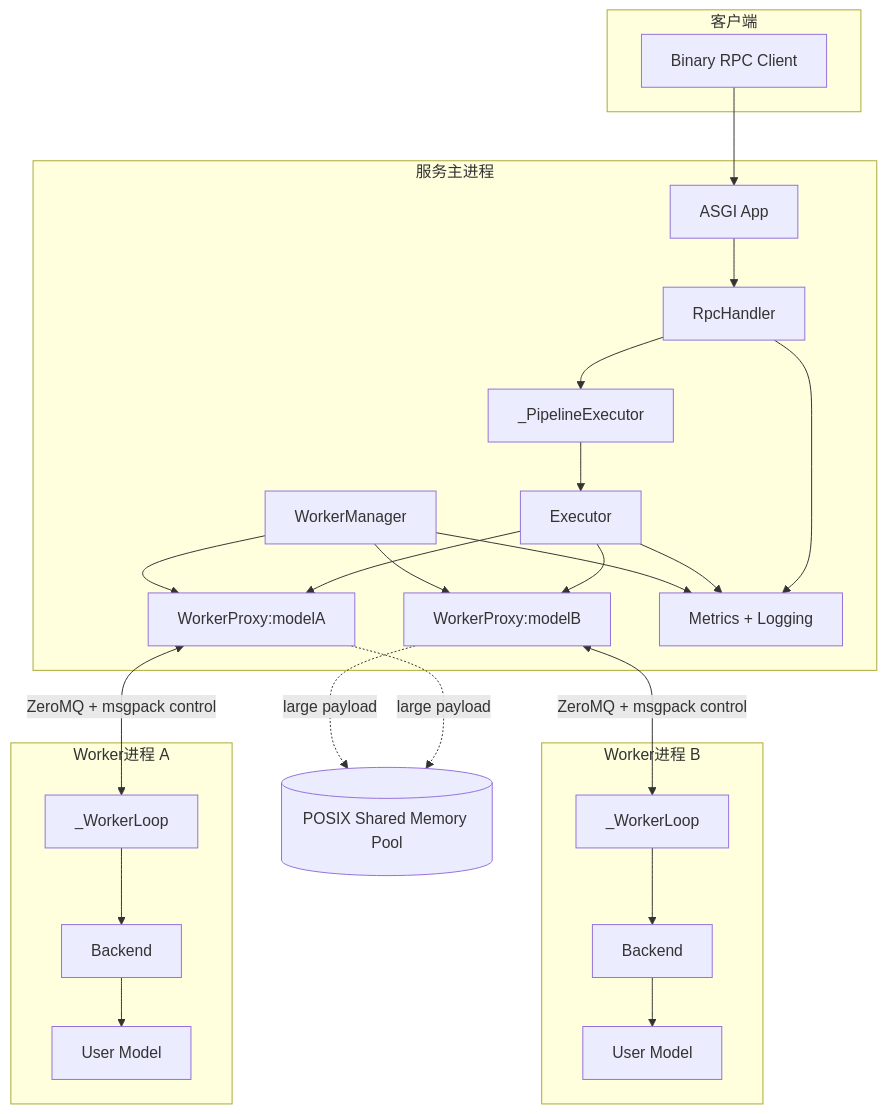
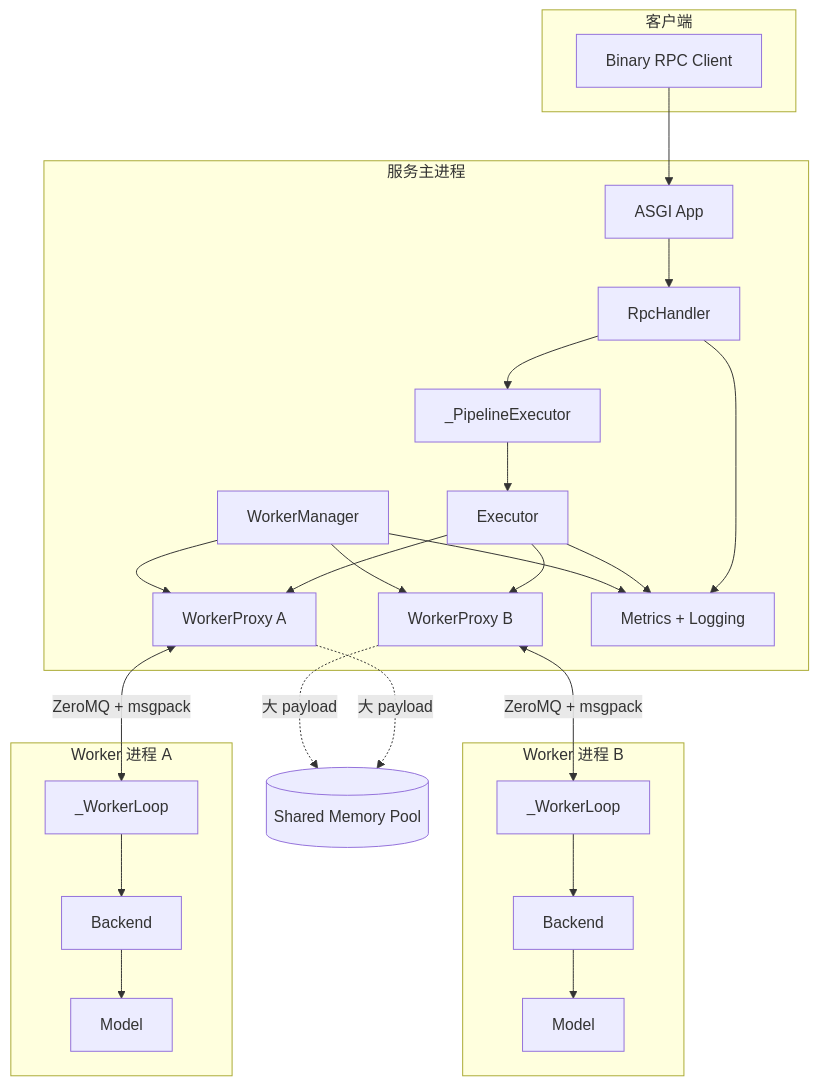
The first of 3 diagrams in docs/design/架构设计.md (caitengwei/Nerva), drawn with Mermaid before and after one commit. The commit also changed other lines of this file and 4 other files, not shown here.

````diff
--- a/docs/design/架构设计.md
+++ b/docs/design/架构设计.md
@@ -43,51 +21,50 @@
 ```mermaid
 flowchart TB
-    subgraph ClientSide[客户端]
+    subgraph Client[客户端]
       C[Binary RPC Client]
     end
 
-    subgraph ServerProcess[服务主进程]
+    subgraph Master[服务主进程]
       APP[ASGI App]
       RPC[RpcHandler]
       PIPE[_PipelineExecutor]
       EXE[Executor]
       WM[WorkerManager]
-      WP1[WorkerProxy:modelA]
-      WP2[WorkerProxy:modelB]
-      MET[Metrics + Logging]
+      WPA[WorkerProxy A]
+      WPB[WorkerProxy B]
+      OBS[Metrics + Logging]
     end
 
-    subgraph WorkerA[Worker进程 A]
-      LOOP1[_WorkerLoop]
-      BE1[Backend]
-      M1[User Model]
+    subgraph WorkerA[Worker 进程 A]
+      LOOPA[_WorkerLoop]
+      BEA[Backend]
+      MA[Model]
     end
 
-    subgraph WorkerB[Worker进程 B]
-      LOOP2[_WorkerLoop]
-      BE2[Backend]
-      M2[User Model]
+    subgraph WorkerB[Worker 进程 B]
+      LOOPB[_WorkerLoop]
+      BEB[Backend]
+      MB[Model]
     end
 
-    SHM[(POSIX Shared Memory Pool)]
+    SHM[(Shared Memory Pool)]
 
     C --> APP --> RPC --> PIPE --> EXE
-    EXE --> WP1
-    EXE --> WP2
+    EXE --> WPA
+    EXE --> WPB
+    WM --> WPA
+    WM --> WPB
 
-    WM --> WP1
-    WM --> WP2
+    WPA <-->|ZeroMQ + msgpack| LOOPA
+    WPB <-->|ZeroMQ + msgpack| LOOPB
 
-    WP1 <-->|ZeroMQ + msgpack control| LOOP1
-    WP2 <-->|ZeroMQ + msgpack control| LOOP2
+    LOOPA --> BEA --> MA
+    LOOPB --> BEB --> MB
 
-    LOOP1 --> BE1 --> M1
-    LOOP2 --> BE2 --> M2
+    WPA -.大 payload.-> SHM
+    WPB -.大 payload.-> SHM
 
-    WP1 -.large payload.-> SHM
-    WP2 -.large payload.-> SHM
-
-    RPC --> MET
-    EXE --> MET
-    WM --> MET
+    RPC --> OBS
+    EXE --> OBS
+    WM --> OBS
 ```
````
